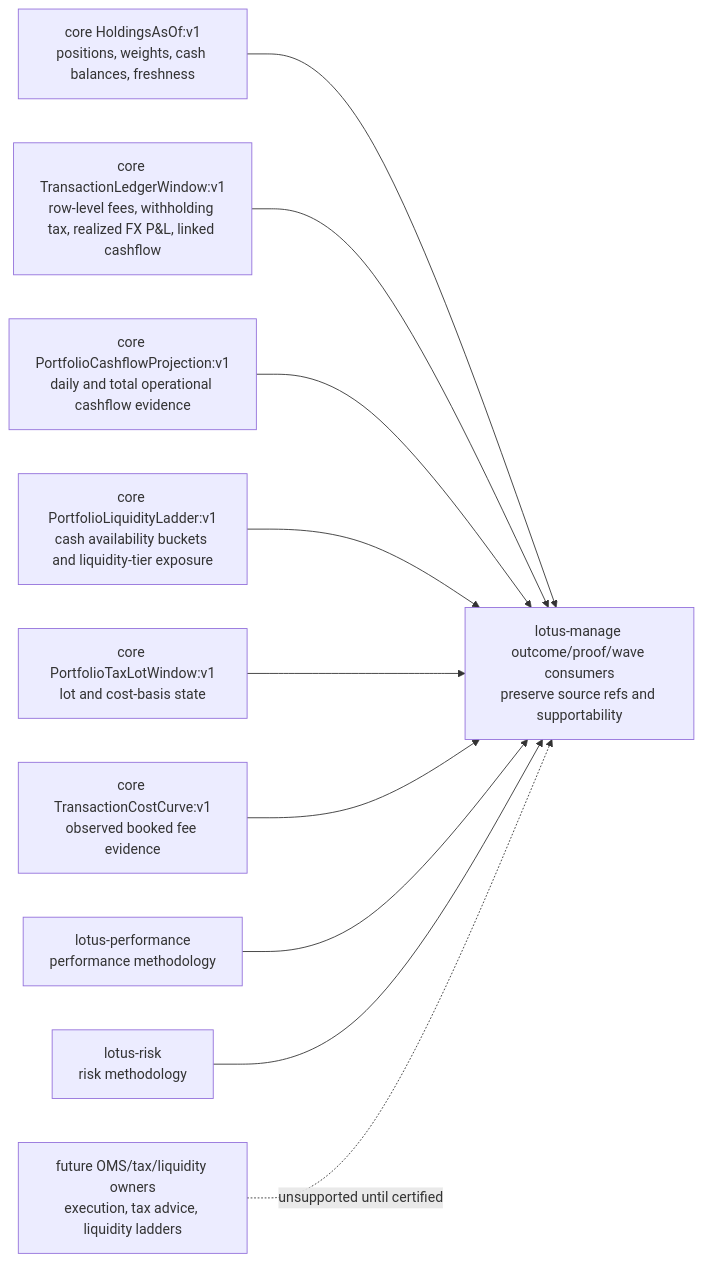
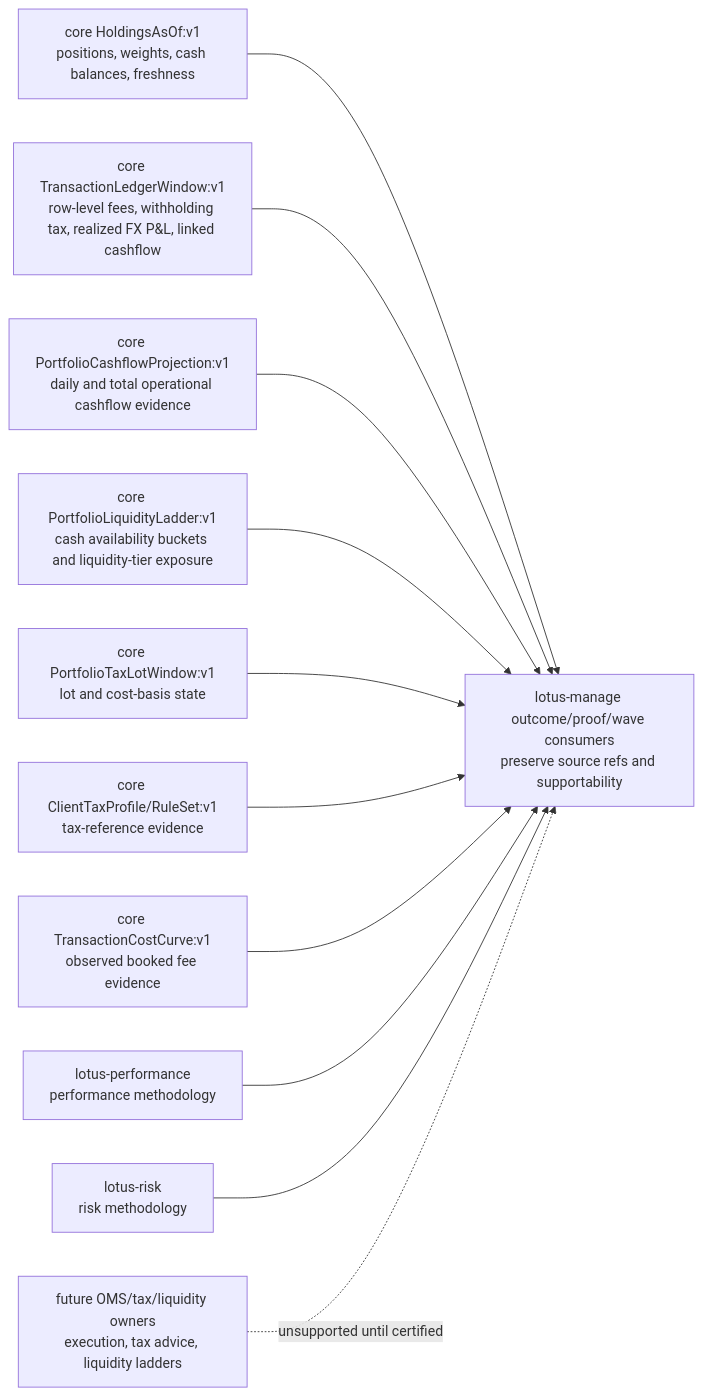
The first of 3 diagrams in wiki/Mesh-Data-Products.md (sgajbi/lotus-core), drawn with Mermaid before and after one commit. The commit also changed other lines of this file and 28 other files, not shown here.

First line of the commit message:
feat: add client tax source products (#361)

````diff
--- a/wiki/Mesh-Data-Products.md
+++ b/wiki/Mesh-Data-Products.md
@@ -142,23 +151,25 @@
 ```mermaid
 flowchart LR
     CoreHoldings[core HoldingsAsOf:v1<br/>positions, weights, cash balances, freshness]
     CoreLedger[core TransactionLedgerWindow:v1<br/>row-level fees, withholding tax, realized FX P&L, linked cashflow]
     CoreCash[core PortfolioCashflowProjection:v1<br/>daily and total operational cashflow evidence]
     CoreLiquidity[core PortfolioLiquidityLadder:v1<br/>cash availability buckets and liquidity-tier exposure]
     CoreLots[core PortfolioTaxLotWindow:v1<br/>lot and cost-basis state]
+    CoreTax[core ClientTaxProfile/RuleSet:v1<br/>tax-reference evidence]
     CoreFees[core TransactionCostCurve:v1<br/>observed booked fee evidence]
     Manage[lotus-manage outcome/proof/wave consumers<br/>preserve source refs and supportability]
     Perf[lotus-performance<br/>performance methodology]
     Risk[lotus-risk<br/>risk methodology]
     FutureOwners[future OMS/tax/liquidity owners<br/>execution, tax advice, liquidity ladders]
 
     CoreHoldings --> Manage
     CoreLedger --> Manage
     CoreCash --> Manage
     CoreLiquidity --> Manage
     CoreLots --> Manage
+    CoreTax --> Manage
     CoreFees --> Manage
     Perf --> Manage
     Risk --> Manage
     FutureOwners -. unsupported until certified .-> Manage
 ```
````
